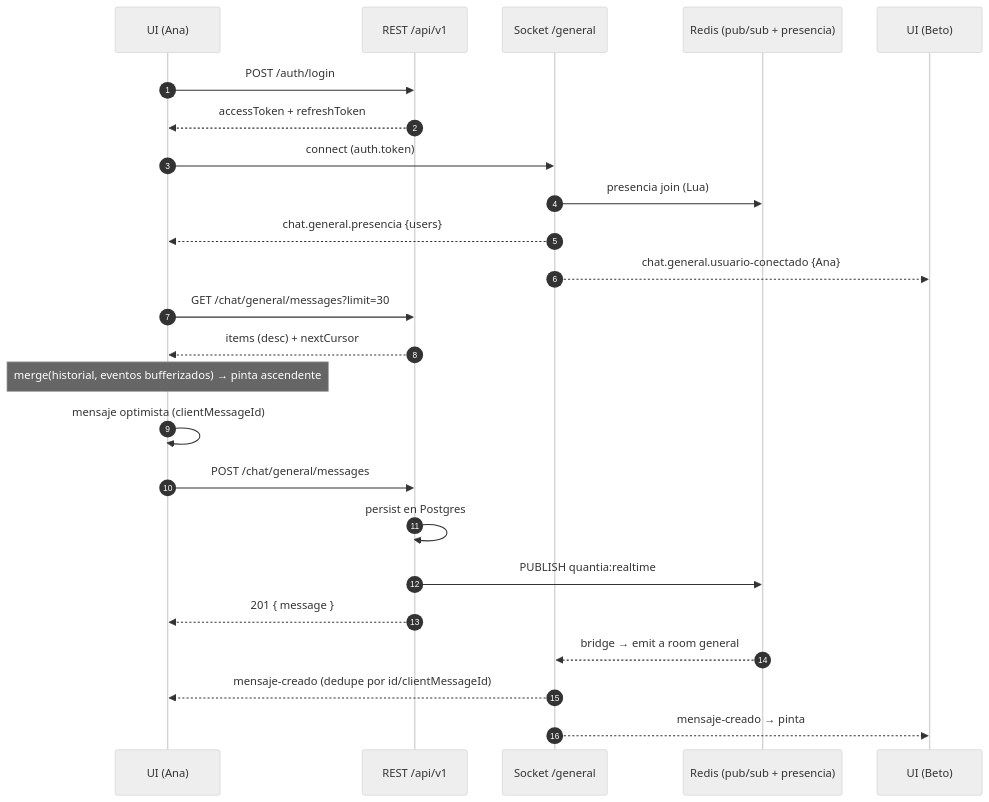
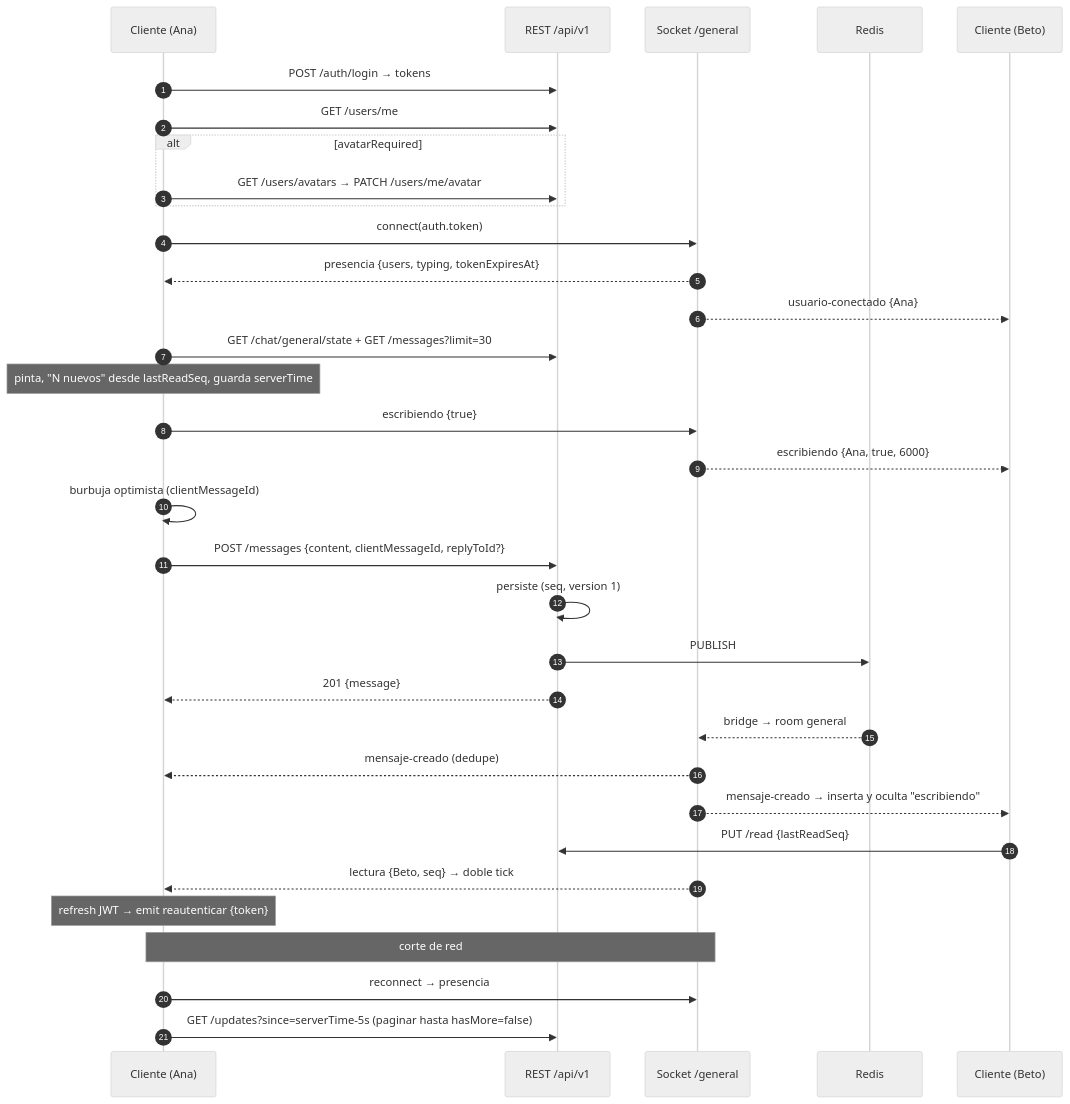
The diagram in docs/development/chat-e2e-integration.md (julianmeoficial/Quantia_API), drawn with Mermaid (neutral theme) before and after one commit. The commit also changed other lines of this file and 68 other files, not shown here.

First line of the commit message:
feat(chat): enhance chat functionality with avatar requirement and message editing

````diff
--- a/docs/development/chat-e2e-integration.md
+++ b/docs/development/chat-e2e-integration.md
@@ -287,27 +330,36 @@
 ```mermaid
 sequenceDiagram
   autonumber
-  participant UI as UI (Ana)
+  participant UI as Cliente (Ana)
   participant API as REST /api/v1
   participant WS as Socket /general
-  participant R as Redis (pub/sub + presencia)
-  participant UI2 as UI (Beto)
+  participant R as Redis
+  participant UI2 as Cliente (Beto)
 
-  UI->>API: POST /auth/login
-  API-->>UI: accessToken + refreshToken
-  UI->>WS: connect (auth.token)
-  WS->>R: presencia join (Lua)
-  WS-->>UI: chat.general.presencia {users}
-  WS-->>UI2: chat.general.usuario-conectado {Ana}
-  UI->>API: GET /chat/general/messages?limit=30
-  API-->>UI: items (desc) + nextCursor
-  Note over UI: merge(historial, eventos bufferizados) → pinta ascendente
-  UI->>UI: mensaje optimista (clientMessageId)
-  UI->>API: POST /chat/general/messages
-  API->>API: persist en Postgres
-  API->>R: PUBLISH quantia:realtime
-  API-->>UI: 201 { message }
-  R-->>WS: bridge → emit a room general
-  WS-->>UI: mensaje-creado (dedupe por id/clientMessageId)
-  WS-->>UI2: mensaje-creado → pinta
+  UI->>API: POST /auth/login → tokens
+  UI->>API: GET /users/me
+  alt avatarRequired
+    UI->>API: GET /users/avatars → PATCH /users/me/avatar
+  end
+  UI->>WS: connect(auth.token)
+  WS-->>UI: presencia {users, typing, tokenExpiresAt}
+  WS-->>UI2: usuario-conectado {Ana}
+  UI->>API: GET /chat/general/state + GET /messages?limit=30
+  Note over UI: pinta, "N nuevos" desde lastReadSeq, guarda serverTime
+  UI->>WS: escribiendo {true}
+  WS-->>UI2: escribiendo {Ana, true, 6000}
+  UI->>UI: burbuja optimista (clientMessageId)
+  UI->>API: POST /messages {content, clientMessageId, replyToId?}
+  API->>API: persiste (seq, version 1)
+  API->>R: PUBLISH
+  API-->>UI: 201 {message}
+  R-->>WS: bridge → room general
+  WS-->>UI: mensaje-creado (dedupe)
+  WS-->>UI2: mensaje-creado → inserta y oculta "escribiendo"
+  UI2->>API: PUT /read {lastReadSeq}
+  WS-->>UI: lectura {Beto, seq} → doble tick
+  Note over UI: refresh JWT → emit reautenticar {token}
+  Note over UI,WS: corte de red
+  UI->>WS: reconnect → presencia
+  UI->>API: GET /updates?since=serverTime-5s (paginar hasta hasMore=false)
 ```
````
